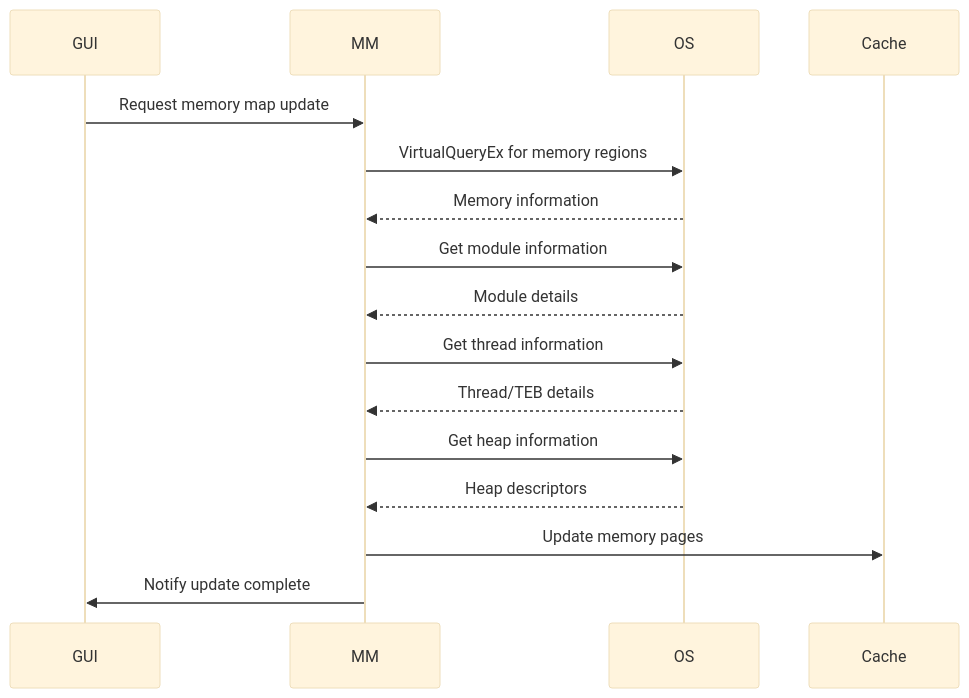
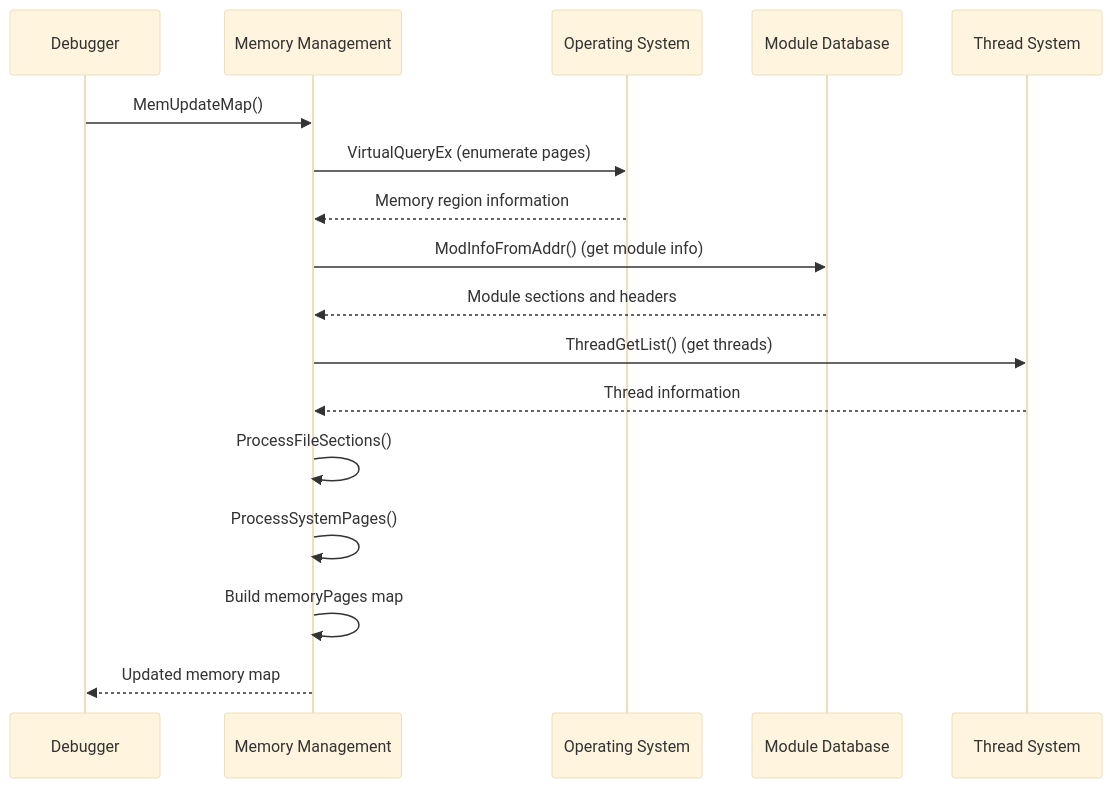
The third of 4 diagrams in docs/x64dbg--x64dbg-docs/Memory Management.md (FSoft-AI4Code/codewiki-demo), drawn with Mermaid (base theme) before and after one commit. The commit also changed other lines of this file and 1103 other files, not shown here.

````diff
--- a/docs/x64dbg--x64dbg-docs/Memory Management.md
+++ b/docs/x64dbg--x64dbg-docs/Memory Management.md
@@ -90,19 +199,20 @@
 ```mermaid
 sequenceDiagram
-    participant GUI
-    participant MM
-    participant OS
-    participant Cache
-    
-    GUI->>MM: Request memory map update
-    MM->>OS: VirtualQueryEx for memory regions
-    OS-->>MM: Memory information
-    MM->>OS: Get module information
-    OS-->>MM: Module details
-    MM->>OS: Get thread information
-    OS-->>MM: Thread/TEB details
-    MM->>OS: Get heap information
-    OS-->>MM: Heap descriptors
-    MM->>Cache: Update memory pages
-    MM->>GUI: Notify update complete
+    participant D as Debugger
+    participant MM as Memory Management
+    participant OS as Operating System
+    participant MD as Module Database
+    participant TS as Thread System
+
+    D->>MM: MemUpdateMap()
+    MM->>OS: VirtualQueryEx (enumerate pages)
+    OS-->>MM: Memory region information
+    MM->>MD: ModInfoFromAddr() (get module info)
+    MD-->>MM: Module sections and headers
+    MM->>TS: ThreadGetList() (get threads)
+    TS-->>MM: Thread information
+    MM->>MM: ProcessFileSections()
+    MM->>MM: ProcessSystemPages()
+    MM->>MM: Build memoryPages map
+    MM-->>D: Updated memory map
 ```
````
